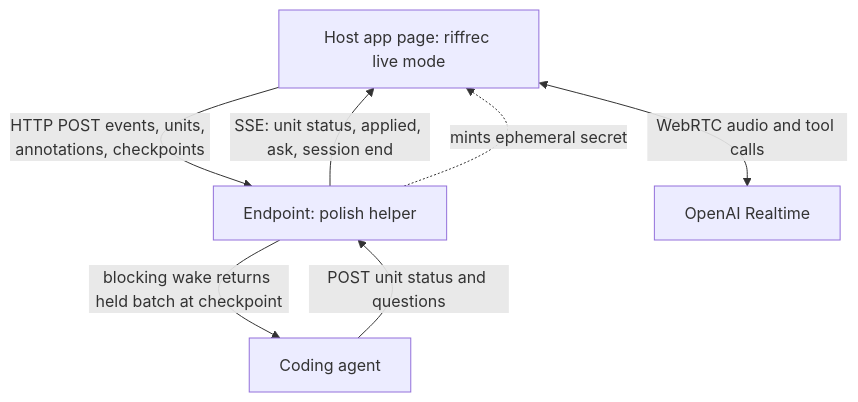
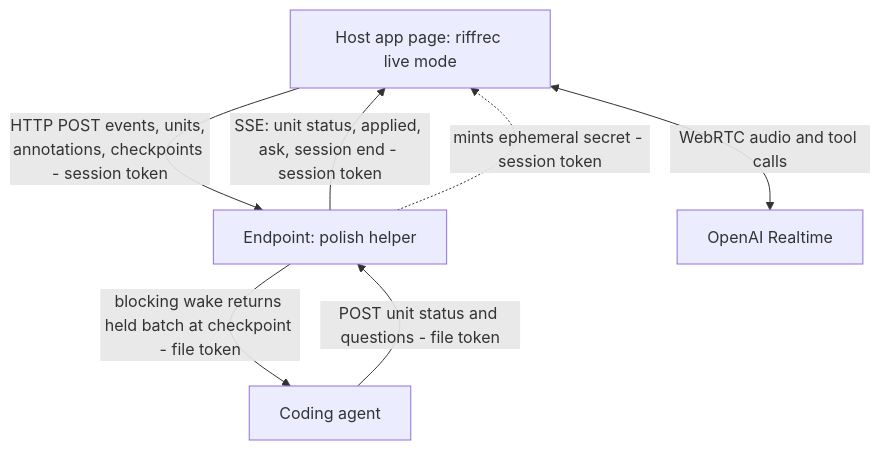
One commit to kieranklaassen/riffrec changed the first of 2 diagrams in docs/plans/2026-09-15-001-feat-live-voice-mode-plan.md. Above: the diagram before and after it, drawn with Mermaid. The commit also changed other lines of this file, not shown here.

First line of the commit message:
docs(plan): apply ce-doc-review findings to live voice mode plan

````diff
--- a/docs/plans/2026-09-15-001-feat-live-voice-mode-plan.md
+++ b/docs/plans/2026-09-15-001-feat-live-voice-mode-plan.md
@@ -186,9 +190,9 @@
 ```mermaid
 flowchart TB
-  P[Host app page: riffrec live mode] -->|HTTP POST events, units, annotations, checkpoints| E[Endpoint: polish helper]
-  E -->|SSE: unit status, applied, ask, session end| P
-  E -->|blocking wake returns held batch at checkpoint| A[Coding agent]
-  A -->|POST unit status and questions| E
+  P[Host app page: riffrec live mode] -->|HTTP POST events, units, annotations, checkpoints - session token| E[Endpoint: polish helper]
+  E -->|SSE: unit status, applied, ask, session end - session token| P
+  E -->|blocking wake returns held batch at checkpoint - file token| A[Coding agent]
+  A -->|POST unit status and questions - file token| E
   P <-->|WebRTC audio and tool calls| O[OpenAI Realtime]
-  E -.->|mints ephemeral secret| P
+  E -.->|mints ephemeral secret - session token| P
 ```
````
